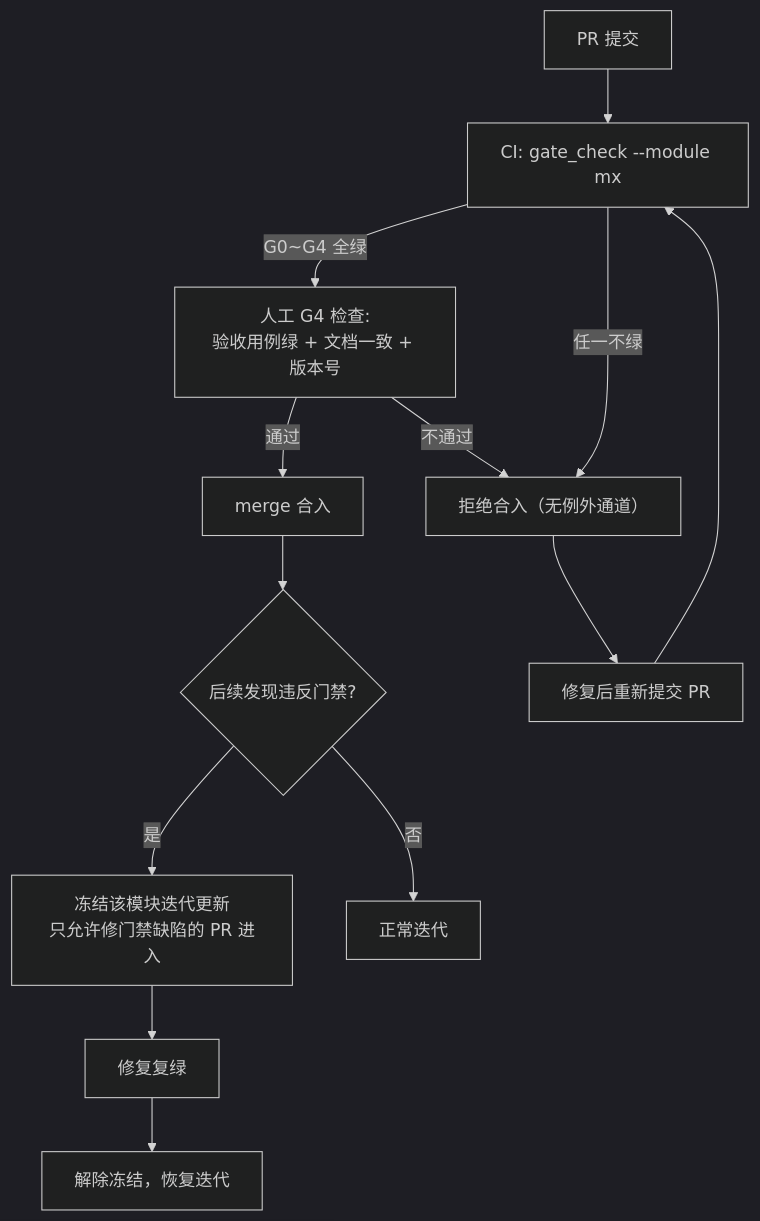
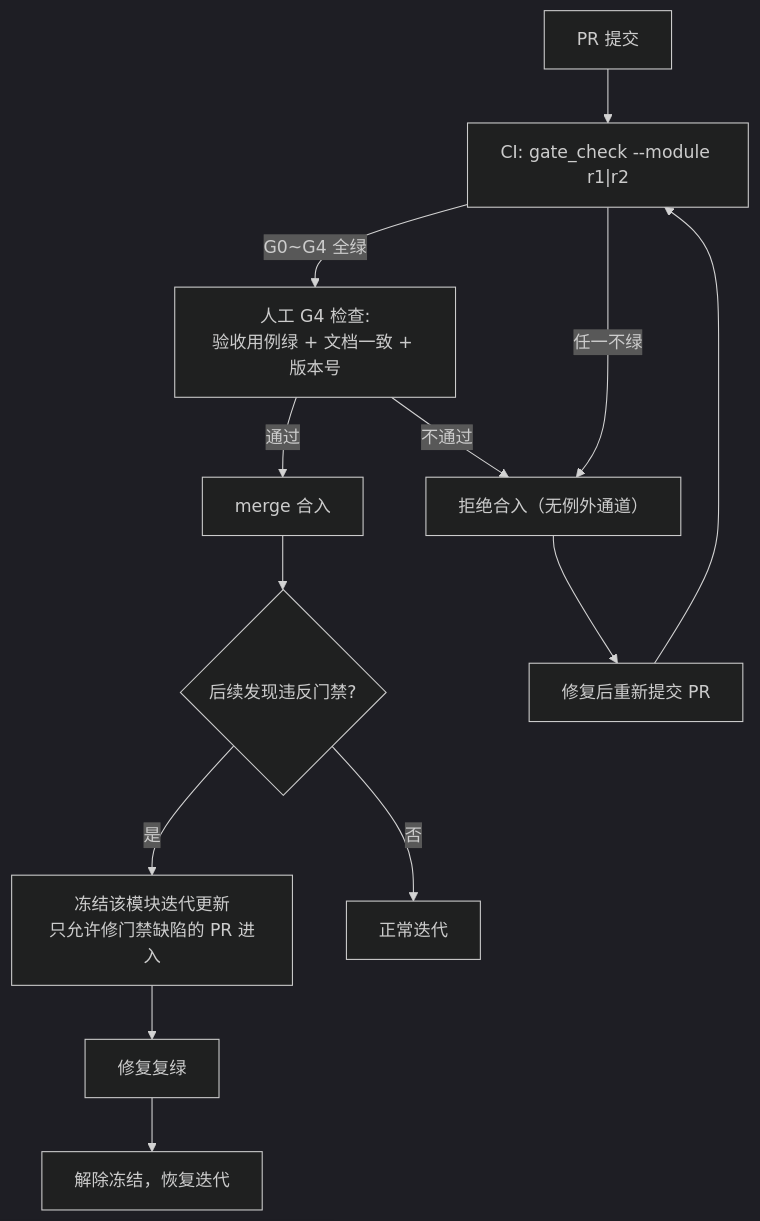
Before and after one commit to sao-lang/lll: the diagram in docs/03-流程与规范/门禁体系.md, drawn with Mermaid (dark theme). The commit also changed other lines of this file and 123 other files, not shown here.

````diff
--- a/docs/03-流程与规范/门禁体系.md
+++ b/docs/03-流程与规范/门禁体系.md
@@ -17,13 +17,13 @@
 ```mermaid
 flowchart TD
-    PR["PR 提交"] --> CI["CI: gate_check --module mx"]
+    PR["PR 提交"] --> CI["CI: gate_check --module r1|r2"]
     CI -->|"G0~G4 全绿"| REV["人工 G4 检查:<br/>验收用例绿 + 文档一致 + 版本号"]
     CI -->|"任一不绿"| BLOCK["拒绝合入（无例外通道）"]
     REV -->|"通过"| MERGE["merge 合入"]
     REV -->|"不通过"| BLOCK
     BLOCK --> FIX["修复后重新提交 PR"] --> CI
     MERGE --> LATE{"后续发现违反门禁?"}
     LATE -->|"是"| FREEZE["冻结该模块迭代更新<br/>只允许修门禁缺陷的 PR 进入"]
     FREEZE --> GREEN["修复复绿"] --> UN["解除冻结，恢复迭代"]
     LATE -->|"否"| OK["正常迭代"]
 ```
````
